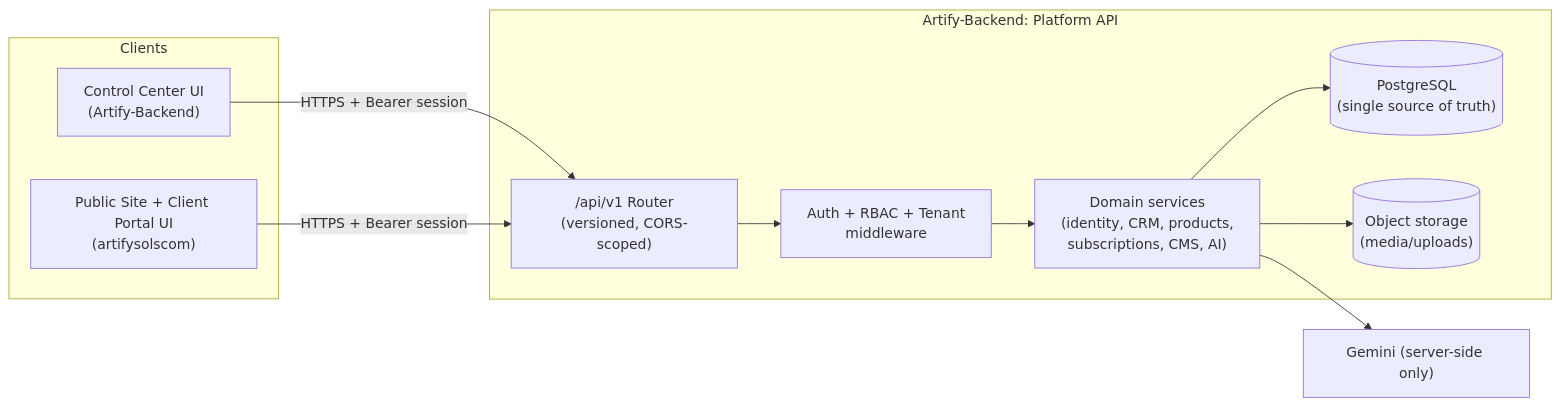
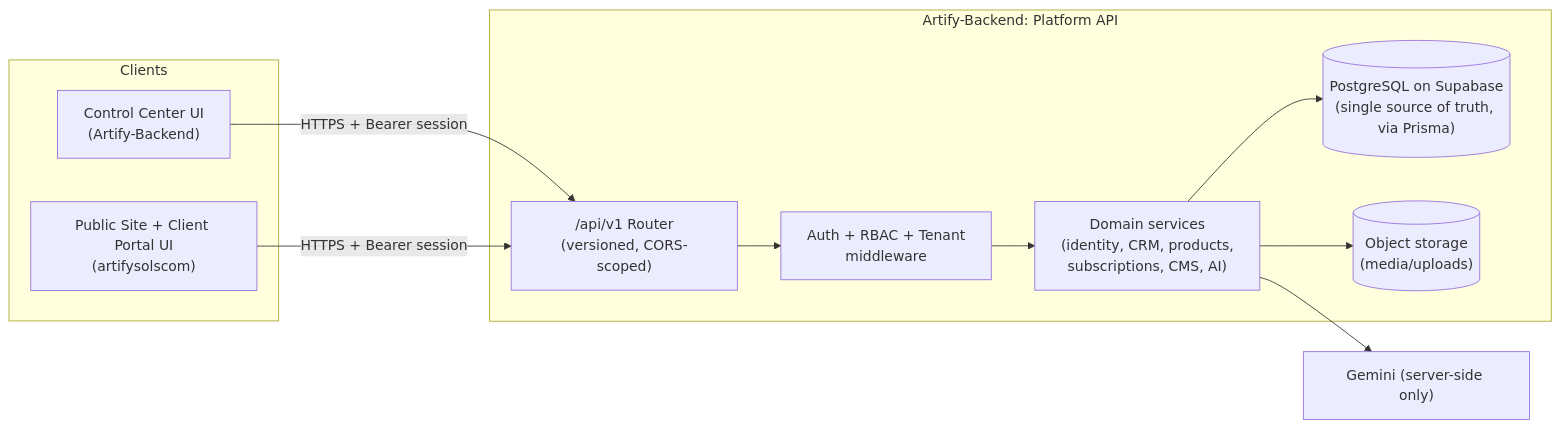
One commit to usmanclaude92-creator/Artify-Backend changed the second of 2 diagrams in docs/TARGET_ARCHITECTURE.md. Above: the diagram before and after it, drawn with Mermaid. The commit also changed other lines of this file and 45 other files, not shown here.

````diff
--- a/docs/TARGET_ARCHITECTURE.md
+++ b/docs/TARGET_ARCHITECTURE.md
@@ -33,21 +37,21 @@
 ```mermaid
 flowchart LR
   subgraph Clients
     ControlCenterUI["Control Center UI<br/>(Artify-Backend)"]
     PublicPortalUI["Public Site + Client Portal UI<br/>(artifysolscom)"]
   end
   subgraph Platform["Artify-Backend: Platform API"]
     Gateway["/api/v1 Router<br/>(versioned, CORS-scoped)"]
     AuthMW["Auth + RBAC + Tenant<br/>middleware"]
     Services["Domain services<br/>(identity, CRM, products,<br/>subscriptions, CMS, AI)"]
-    DB[("PostgreSQL<br/>(single source of truth)")]
+    DB[("PostgreSQL on Supabase<br/>(single source of truth, via Prisma)")]
     Storage[("Object storage<br/>(media/uploads)")]
   end
   AIProvider["Gemini (server-side only)"]
 
   ControlCenterUI -->|HTTPS + Bearer session| Gateway
   PublicPortalUI -->|HTTPS + Bearer session| Gateway
   Gateway --> AuthMW --> Services --> DB
   Services --> Storage
   Services --> AIProvider
 ```
````
